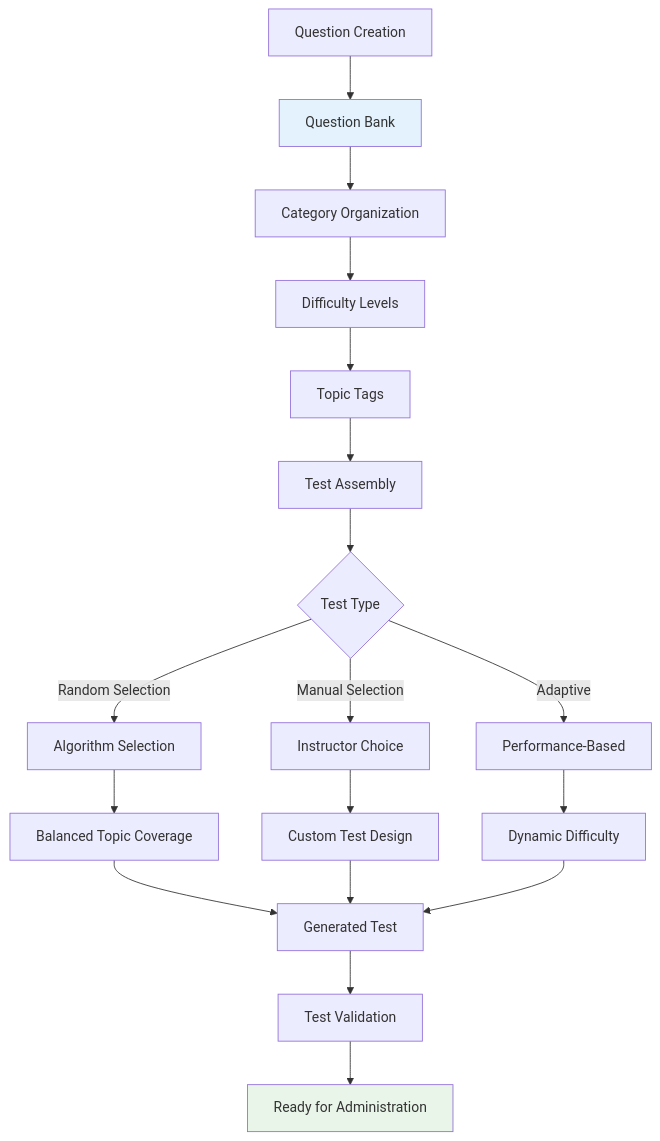
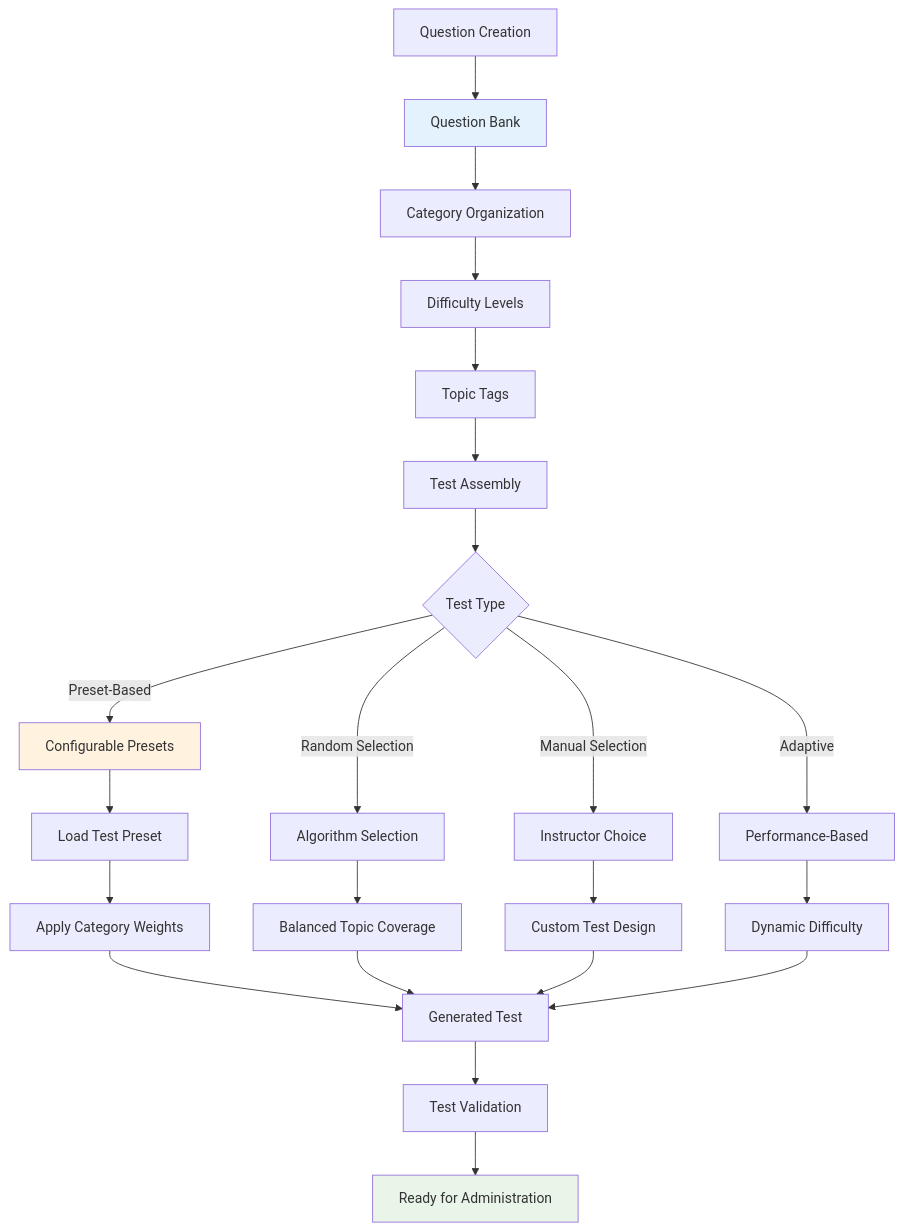
One commit to pietbarber/Manage2Soar changed the third of 12 diagrams in docs/workflows/09-knowledge-test-lifecycle.md. Above: the diagram before and after it, drawn with Mermaid. The commit also changed other lines of this file, not shown here.

Commit message:
Enhance knowledge test lifecycle documentation with configurable test presets and updated model details

````diff
--- a/docs/workflows/09-knowledge-test-lifecycle.md
+++ b/docs/workflows/09-knowledge-test-lifecycle.md
@@ -118,28 +119,33 @@
 ```mermaid
 flowchart TD
     A[Question Creation] --> B[Question Bank]
     B --> C[Category Organization]
     C --> D[Difficulty Levels]
     D --> E[Topic Tags]
     
     E --> F[Test Assembly]
     F --> G{Test Type}
     
-    G -->|Random Selection| H[Algorithm Selection]
-    G -->|Manual Selection| I[Instructor Choice]
-    G -->|Adaptive| J[Performance-Based]
+    G -->|Preset-Based| H[Configurable Presets]
+    G -->|Random Selection| I[Algorithm Selection]
+    G -->|Manual Selection| J[Instructor Choice]
+    G -->|Adaptive| K[Performance-Based]
     
-    H --> K[Balanced Topic Coverage]
-    I --> L[Custom Test Design]
-    J --> M[Dynamic Difficulty]
+    H --> L[Load Test Preset]
+    L --> M[Apply Category Weights]
+    I --> N[Balanced Topic Coverage]
+    J --> O[Custom Test Design]
+    K --> P[Dynamic Difficulty]
     
-    K --> N[Generated Test]
-    L --> N
-    M --> N
+    M --> Q[Generated Test]
+    N --> Q
+    O --> Q
+    P --> Q
     
-    N --> O[Test Validation]
-    O --> P[Ready for Administration]
+    Q --> R[Test Validation]
+    R --> S[Ready for Administration]
     
     style B fill:#e3f2fd
-    style P fill:#e8f5e8
+    style H fill:#fff3e0
+    style S fill:#e8f5e8
 ```
````
